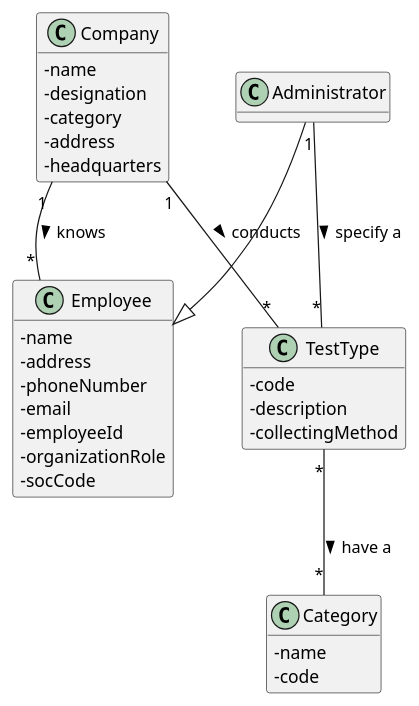
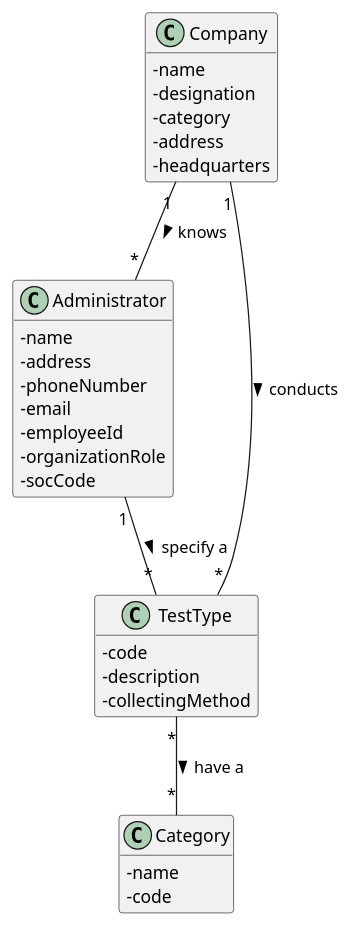
One commit to manu-07-ela/LAPR2_ISEP changed the diagram in docs/SprintB/US09/US09_DM.puml. Above: the diagram before and after it, drawn with PlantUML.

Commit message:
Changes on US9 DM

```diff
--- a/docs/SprintB/US09/US09_DM.puml
+++ b/docs/SprintB/US09/US09_DM.puml
@@ -1,46 +1,43 @@
 @startuml
 hide methods
 'left to right direction
 skinparam classAttributeIconSize 0
 
 class Company{
 -name
 -designation
 -category
 -address
 -headquarters
 }
 
-class Employee{
+
+class Administrator{
 -name
 -address
 -phoneNumber
 -email
 -employeeId
 -organizationRole
 -socCode
-}
-
-class Administrator{
 }
 
 class TestType{
 -code
 -description
 -collectingMethod
 }
 
 
 class Category{
 -name
 -code
 }
 
 
-Company "1"--"*" Employee : knows >
+Company "1"--"*" Administrator : knows >
 Company "1"--"*" TestType : conducts >
-Administrator --|> Employee
 Administrator "1"--"*" TestType : specify a >
 TestType "*"--"*" Category : have a >
 
 @enduml
```
